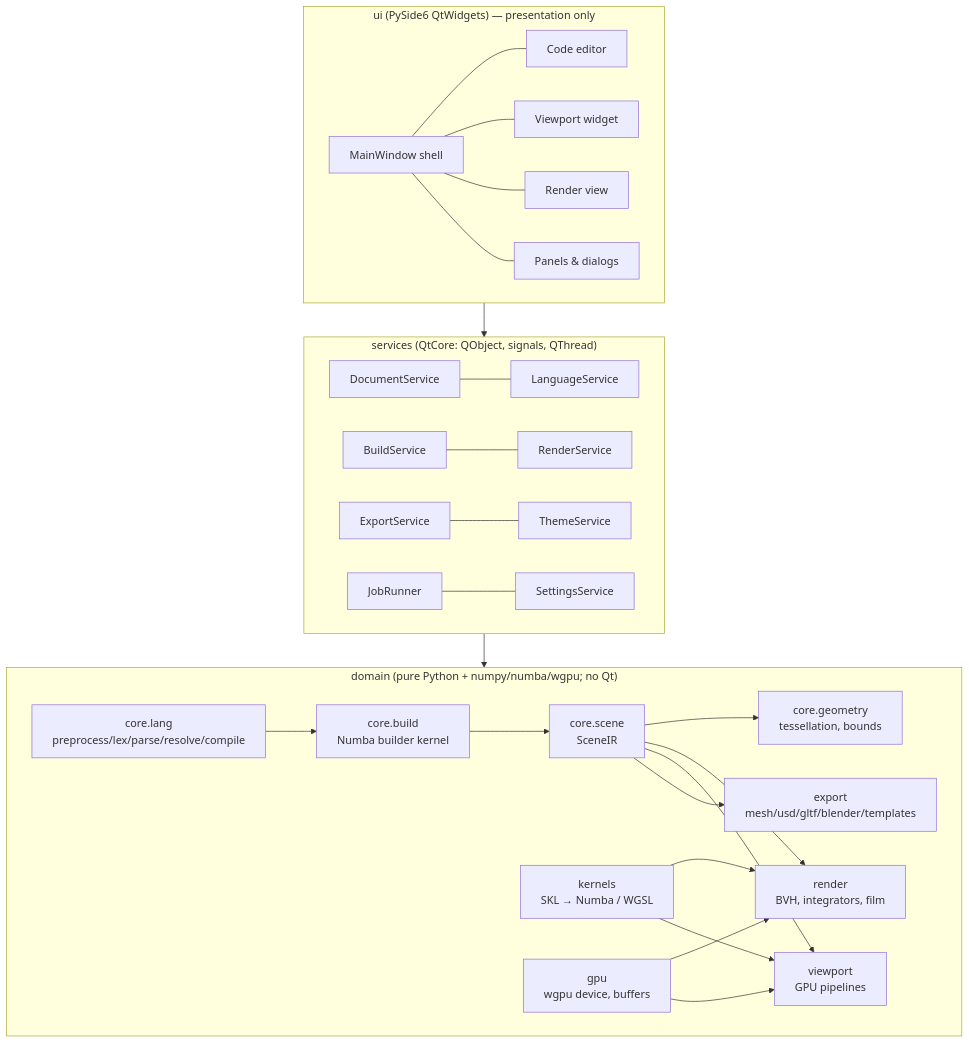
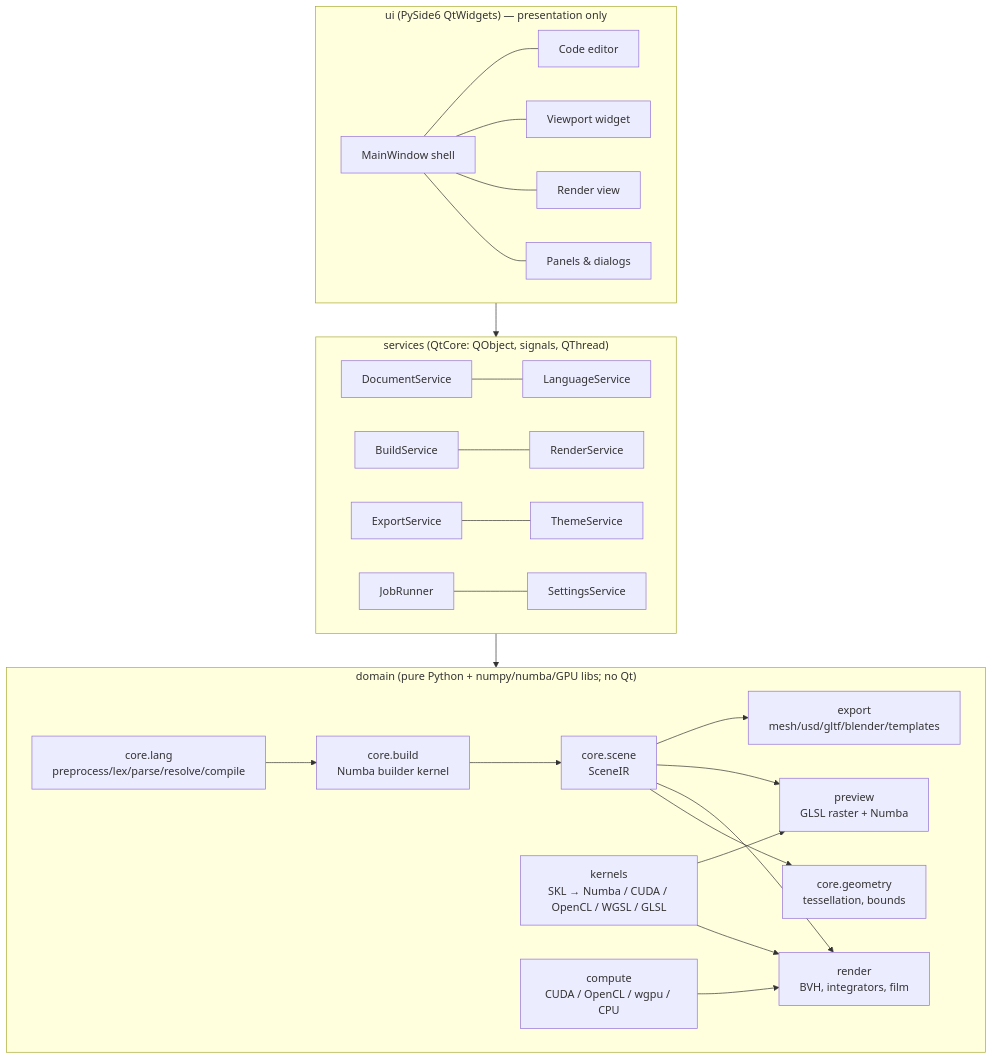
One commit to who8mypnuts/Structura changed the first of 2 diagrams in docs/02-architecture.md. Above: the diagram before and after it, drawn with Mermaid. The commit also changed other lines of this file and 615 other files, not shown here.

````diff
--- a/docs/02-architecture.md
+++ b/docs/02-architecture.md
@@ -21,28 +21,27 @@
 ```mermaid
 flowchart TB
   subgraph UI["ui  (PySide6 QtWidgets) — presentation only"]
     MW[MainWindow shell] --- ED[Code editor]
     MW --- VPW[Viewport widget]
     MW --- RV[Render view]
     MW --- PN[Panels & dialogs]
   end
   subgraph SVC["services  (QtCore: QObject, signals, QThread)"]
     DOC[DocumentService] --- LS[LanguageService]
     BS[BuildService] --- RS[RenderService]
     ES[ExportService] --- TS[ThemeService]
     JR[JobRunner] --- ST[SettingsService]
   end
-  subgraph DOMAIN["domain  (pure Python + numpy/numba/wgpu; no Qt)"]
+  subgraph DOMAIN["domain  (pure Python + numpy/numba/GPU libs; no Qt)"]
     LANG[core.lang<br/>preprocess/lex/parse/resolve/compile] --> BUILD[core.build<br/>Numba builder kernel]
     BUILD --> IR[core.scene<br/>SceneIR]
     IR --> GEO[core.geometry<br/>tessellation, bounds]
     IR --> RENDER[render<br/>BVH, integrators, film]
-    IR --> VPORT[viewport<br/>GPU pipelines]
+    IR --> VPORT[preview<br/>GLSL raster + Numba]
     IR --> EXP[export<br/>mesh/usd/gltf/blender/templates]
-    KER[kernels<br/>SKL → Numba / WGSL] --> RENDER
+    KER[kernels<br/>SKL → Numba / CUDA / OpenCL / WGSL / GLSL] --> RENDER
     KER --> VPORT
-    GPU[gpu<br/>wgpu device, buffers] --> RENDER
-    GPU --> VPORT
+    GPU[compute<br/>CUDA / OpenCL / wgpu / CPU] --> RENDER
   end
   UI --> SVC --> DOMAIN
 ```
````
